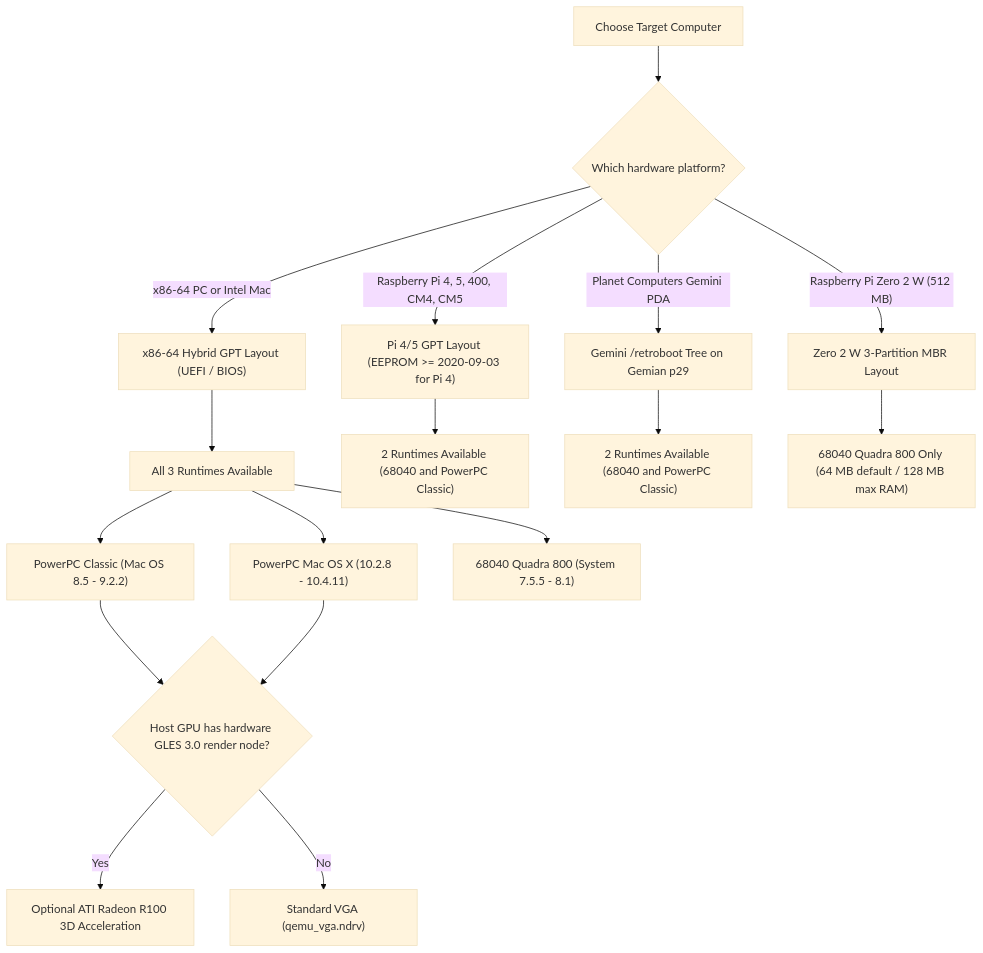
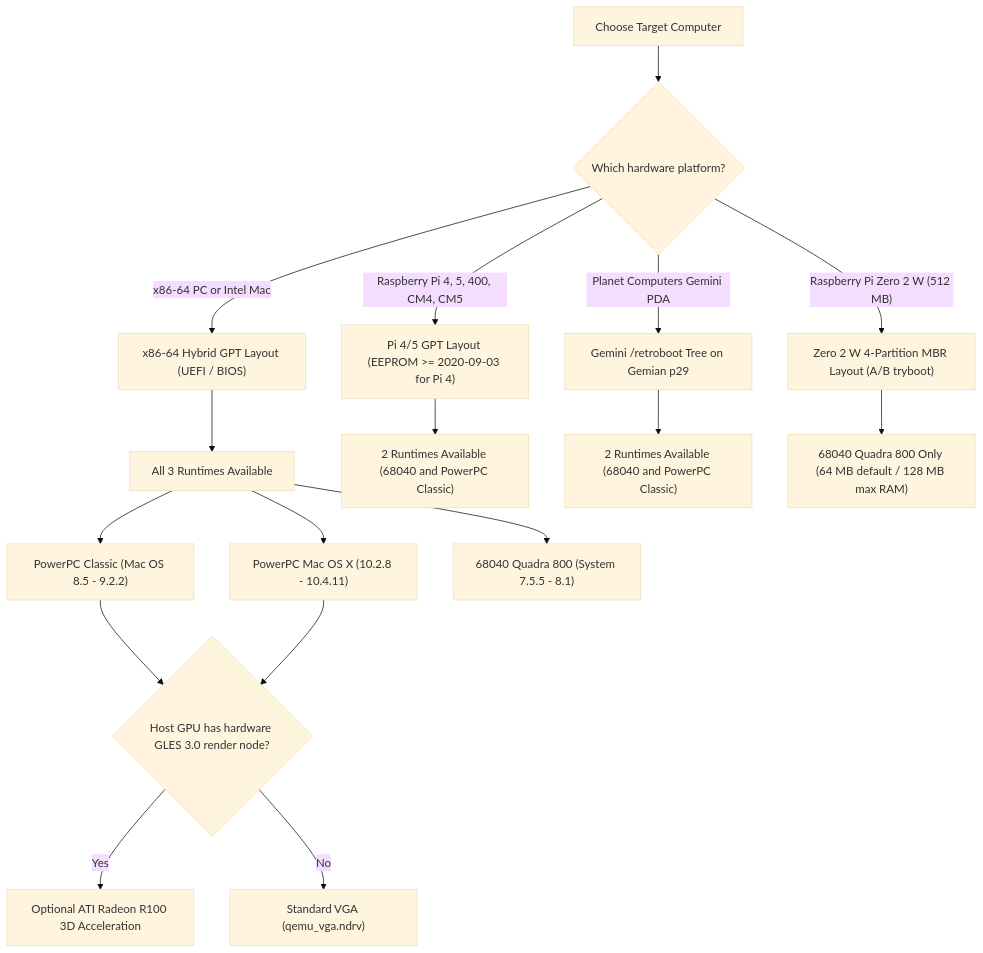
One commit to amcchord/RetroBoot changed the diagram in docs/manual/01-system-requirements.md. Above: the diagram before and after it, drawn with Mermaid (base theme). The commit also changed other lines of this file and 81 other files, not shown here.

````diff
--- a/docs/manual/01-system-requirements.md
+++ b/docs/manual/01-system-requirements.md
@@ -186,23 +187,23 @@
 ```mermaid
 flowchart TD
     Start["Choose Target Computer"] --> Arch{"Which hardware platform?"}
 
     Arch -->|"x86-64 PC or Intel Mac"| PC["x86-64 Hybrid GPT Layout (UEFI / BIOS)"]
     Arch -->|"Raspberry Pi 4, 5, 400, CM4, CM5"| Pi45["Pi 4/5 GPT Layout (EEPROM >= 2020-09-03 for Pi 4)"]
-    Arch -->|"Raspberry Pi Zero 2 W (512 MB)"| Zero["Zero 2 W 3-Partition MBR Layout"]
+    Arch -->|"Raspberry Pi Zero 2 W (512 MB)"| Zero["Zero 2 W 4-Partition MBR Layout (A/B tryboot)"]
     Arch -->|"Planet Computers Gemini PDA"| Gem["Gemini /retroboot Tree on Gemian p29"]
 
     PC --> PCRun["All 3 Runtimes Available"]
     PCRun --> OS9PC["PowerPC Classic (Mac OS 8.5 - 9.2.2)"]
     PCRun --> OSXPC["PowerPC Mac OS X (10.2.8 - 10.4.11)"]
     PCRun --> Q800PC["68040 Quadra 800 (System 7.5.5 - 8.1)"]
 
     OS9PC --> GLCheck{"Host GPU has hardware GLES 3.0 render node?"}
     OSXPC --> GLCheck
     GLCheck -->|"Yes"| ATI["Optional ATI Radeon R100 3D Acceleration"]
     GLCheck -->|"No"| VGA["Standard VGA (qemu_vga.ndrv)"]
 
     Pi45 --> PiRun["2 Runtimes Available (68040 and PowerPC Classic)"]
     Gem --> GemRun["2 Runtimes Available (68040 and PowerPC Classic)"]
     Zero --> ZeroRun["68040 Quadra 800 Only (64 MB default / 128 MB max RAM)"]
 ```
````
